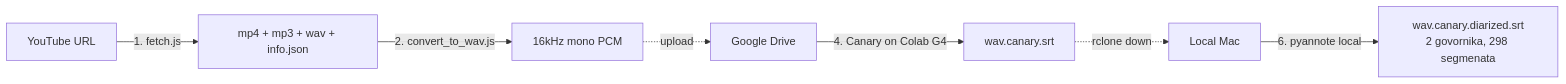
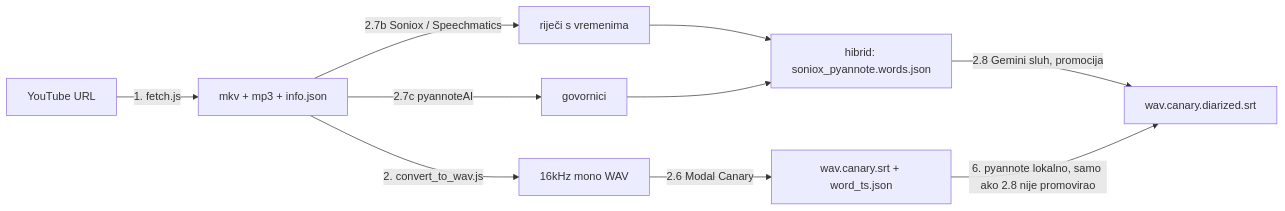
One commit to domovinatv/fetch.domovina.tv changed the fifth of 11 diagrams in docs/PIPELINE.md. Above: the diagram before and after it, drawn with Mermaid. The commit also changed other lines of this file and 6 other files, not shown here.

First line of the commit message:
docs(pipeline): mermaid dijagrami usklađeni sa stanjem od 24.10.

````diff
--- a/docs/PIPELINE.md
+++ b/docs/PIPELINE.md
@@ -214,9 +235,12 @@
 ```mermaid
 flowchart LR
-    A[YouTube URL] -->|1. fetch.js| B[mp4 + mp3 + wav + info.json]
-    B -->|2. convert_to_wav.js| C[16kHz mono PCM]
-    C -.upload.-> D[Google Drive]
-    D -->|4. Canary on Colab G4| E[wav.canary.srt]
-    E -.rclone down.-> F[Local Mac]
-    F -->|6. pyannote local| G[wav.canary.diarized.srt<br/>2 govornika, 298 segmenata]
+    A[YouTube URL] -->|1. fetch.js| B[mkv + mp3 + info.json]
+    B -->|2. convert_to_wav.js| C[16kHz mono WAV]
+    C -->|2.6 Modal Canary| E[wav.canary.srt + word_ts.json]
+    B -->|2.7b Soniox / Speechmatics| S[riječi s vremenima]
+    B -->|2.7c pyannoteAI| P[govornici]
+    S --> H[hibrid: soniox_pyannote.words.json]
+    P --> H
+    H -->|2.8 Gemini sluh, promocija| G[wav.canary.diarized.srt]
+    E -->|6. pyannote lokalno, samo ako 2.8 nije promovirao| G
 ```
````
